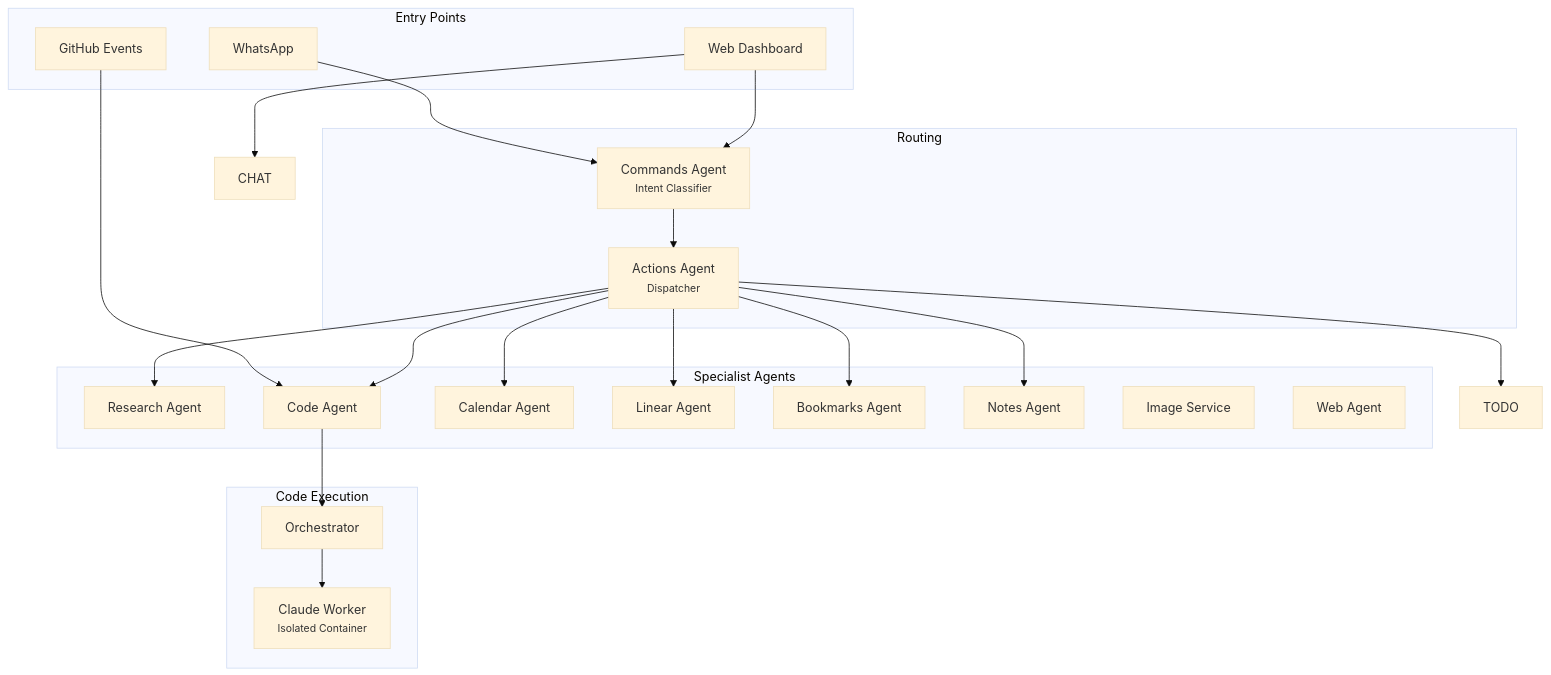
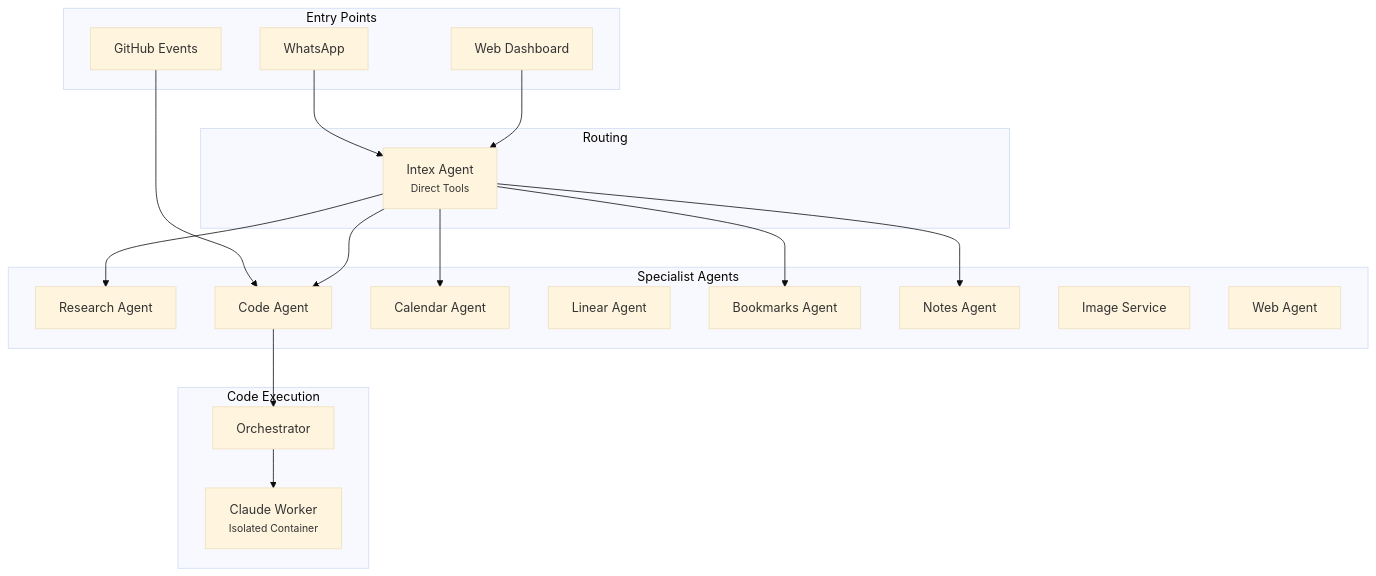
The fourth of 4 diagrams in README.md (pbuchman/intexuraos), drawn with Mermaid (base theme) before and after one commit. The commit also changed other lines of this file and 607 other files, not shown here.

````diff
--- a/README.md
+++ b/README.md
@@ -185,35 +185,34 @@
 ```mermaid
 graph TD
     subgraph "Entry Points"
         WA3[WhatsApp]
         WEB3[Web Dashboard]
         GH[GitHub Events]
     end
 
     subgraph "Routing"
-        CMD3["Commands Agent<br><small>Intent Classifier</small>"]
-        ACT["Actions Agent<br><small>Dispatcher</small>"]
+        INTEX3["Intex Agent<br><small>Direct Tools</small>"]
     end
 
     subgraph "Specialist Agents"
         RES[Research Agent]
         CODE3[Code Agent]
         CAL[Calendar Agent]
         LIN3[Linear Agent]
         BOOK[Bookmarks Agent]
         NOTE[Notes Agent]
         IMG[Image Service]
         WEBAG[Web Agent]
     end
 
     subgraph "Code Execution"
         ORCH3[Orchestrator]
         CW3["Claude Worker<br><small>Isolated Container</small>"]
     end
 
-    WA3 & WEB3 --> CMD3 --> ACT
-    WEB3 --> CHAT
+    WA3 --> INTEX3
+    WEB3 --> INTEX3
     GH --> CODE3
-    ACT --> RES & CODE3 & TODO & CAL & LIN3 & BOOK & NOTE
+    INTEX3 --> RES & CODE3 & CAL & BOOK & NOTE
     CODE3 --> ORCH3 --> CW3
 ```
````
